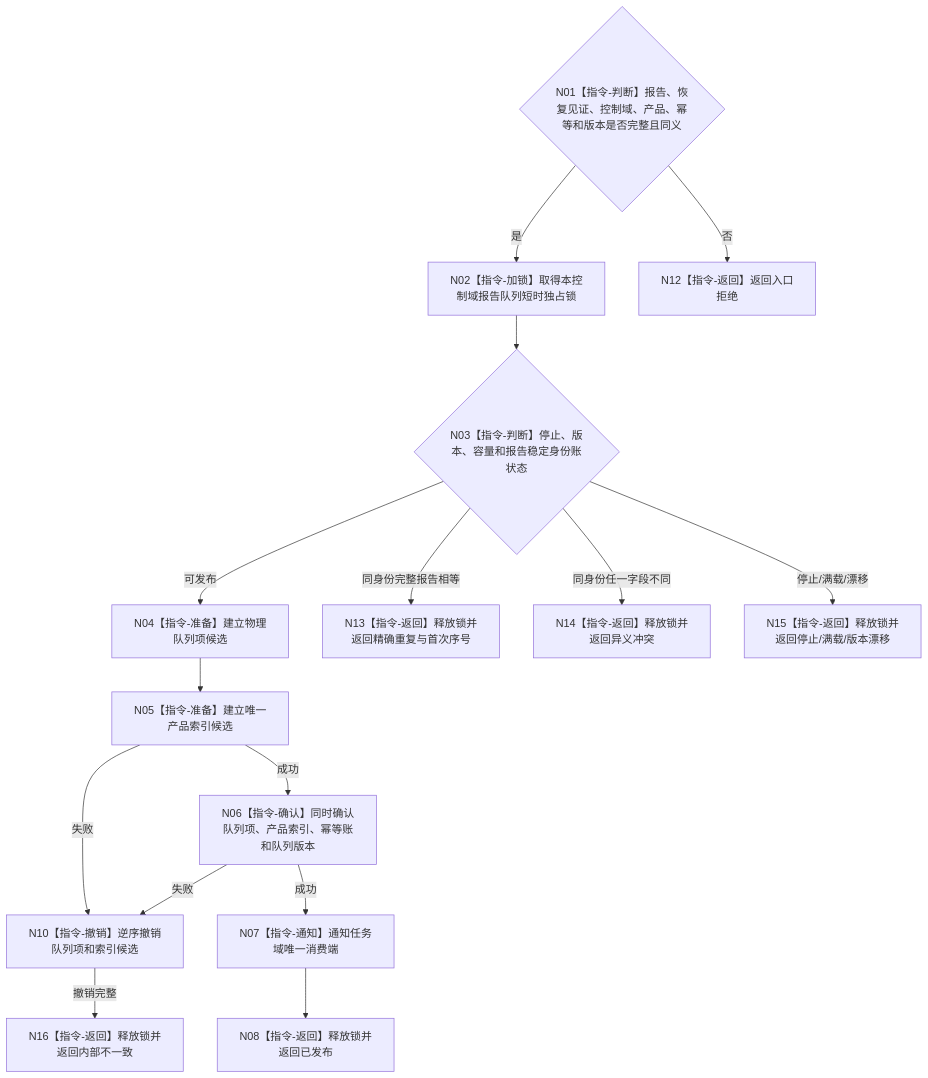
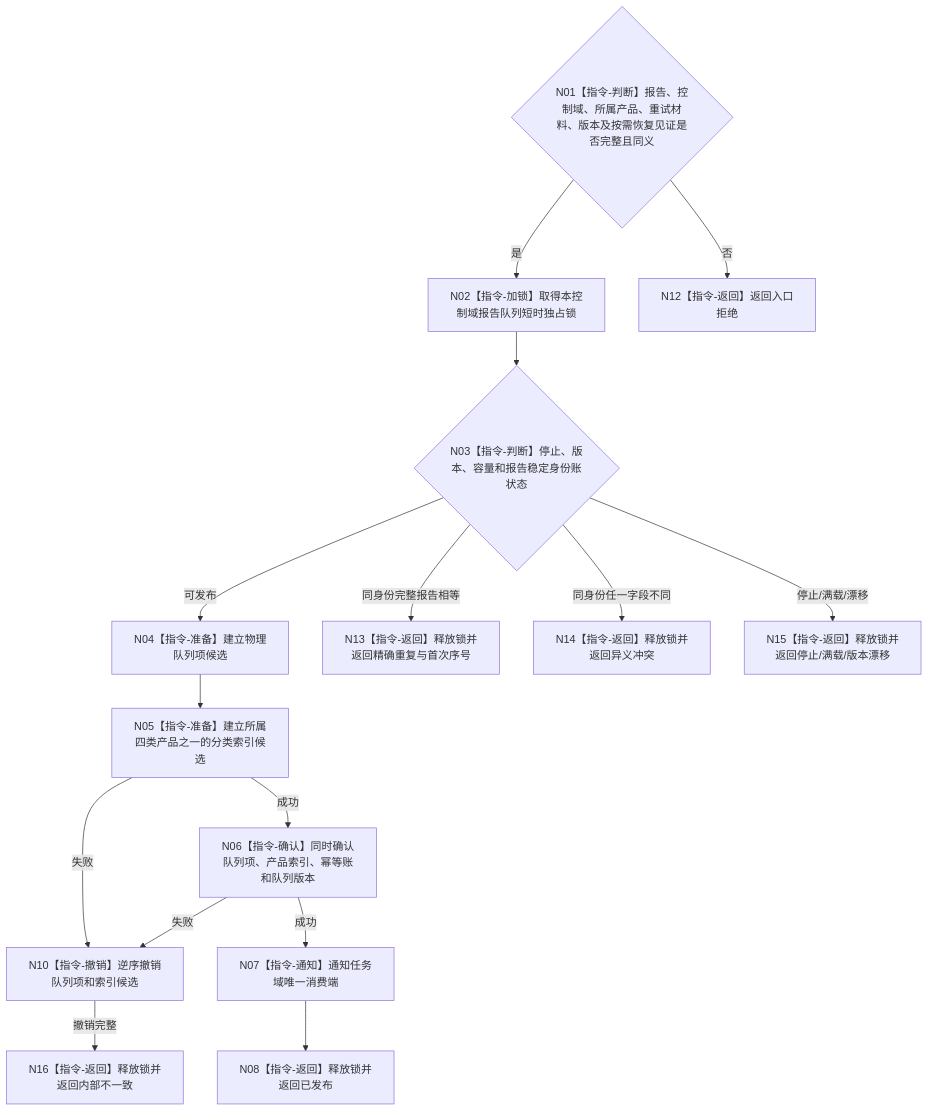
One commit to chunhaizh-cyber/HY-Ego changed the diagram in 流程图/目标业务流程图/L3/BIZ-L3-006-04-02_原子提交外设报告与产品索引_目标函数流程图_v0.2.md. Above: the diagram before and after it, drawn with Mermaid. The commit also changed other lines of this file and 13 other files, not shown here.

````diff
--- a/流程图/目标业务流程图/L3/BIZ-L3-006-04-02_原子提交外设报告与产品索引_目标函数流程图_v0.2.md
+++ b/流程图/目标业务流程图/L3/BIZ-L3-006-04-02_原子提交外设报告与产品索引_目标函数流程图_v0.2.md
@@ -30,29 +30,29 @@
 ```mermaid
 flowchart TD
-    N01{"N01【指令-判断】报告、恢复见证、控制域、产品、幂等和版本是否完整且同义"}
+    N01{"N01【指令-判断】报告、控制域、所属产品、重试材料、版本及按需恢复见证是否完整且同义"}
     N02["N02【指令-加锁】取得本控制域报告队列短时独占锁"]
     N03{"N03【指令-判断】停止、版本、容量和报告稳定身份账状态"}
     N04["N04【指令-准备】建立物理队列项候选"]
-    N05["N05【指令-准备】建立唯一产品索引候选"]
+    N05["N05【指令-准备】建立所属四类产品之一的分类索引候选"]
     N06["N06【指令-确认】同时确认队列项、产品索引、幂等账和队列版本"]
     N07["N07【指令-通知】通知任务域唯一消费端"]
     N08["N08【指令-返回】释放锁并返回已发布"]
     N10["N10【指令-撤销】逆序撤销队列项和索引候选"]
     N12["N12【指令-返回】返回入口拒绝"]
     N13["N13【指令-返回】释放锁并返回精确重复与首次序号"]
     N14["N14【指令-返回】释放锁并返回异义冲突"]
     N15["N15【指令-返回】释放锁并返回停止/满载/版本漂移"]
     N16["N16【指令-返回】释放锁并返回内部不一致"]
 
     N01 -->|否| N12
     N01 -->|是| N02 --> N03
     N03 -->|同身份完整报告相等| N13
     N03 -->|同身份任一字段不同| N14
     N03 -->|停止/满载/漂移| N15
     N03 -->|可发布| N04 --> N05
     N05 -->|失败| N10
     N05 -->|成功| N06
     N06 -->|失败| N10
     N06 -->|成功| N07 --> N08
     N10 -->|撤销完整| N16
 ```
````
